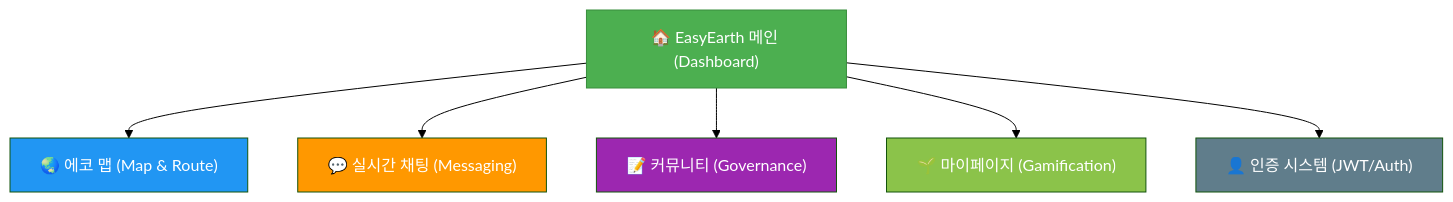
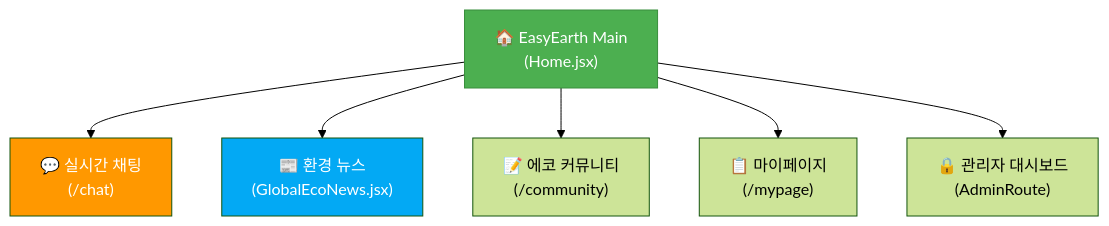
The first of 3 diagrams in ia.md (KJH-Portfolio/202602-Environmenta-Organization), drawn with Mermaid (forest theme) before and after one commit. The commit also changed other lines of this file and 4 other files, not shown here.

````diff
--- a/ia.md
+++ b/ia.md
@@ -24,18 +23,13 @@
 ```mermaid
 graph TD
-    ROOT["🏠 EasyEarth 메인 (Dashboard)"]
-    
-    ROOT --> NAV_MAP["🌏 에코 맵 (Map & Route)"]
-    ROOT --> NAV_CHAT["💬 실시간 채팅 (Messaging)"]
-    ROOT --> NAV_COMM["📝 커뮤니티 (Governance)"]
-    ROOT --> NAV_MY["🌱 마이페이지 (Gamification)"]
-    ROOT --> NAV_AUTH["👤 인증 시스템 (JWT/Auth)"]
+    ROOT["🏠 EasyEarth Main<br/>(Home.jsx)"]
+    ROOT --> NAV_CHAT["💬 실시간 채팅<br/>(/chat)"]
+    ROOT --> NAV_NEWS["📰 환경 뉴스<br/>(GlobalEcoNews.jsx)"]
+    ROOT --> NAV_COMM["📝 에코 커뮤니티<br/>(/community)"]
+    ROOT --> NAV_MY["📋 마이페이지<br/>(/mypage)"]
+    ROOT --> NAV_ADMIN["🔒 관리자 대시보드<br/>(AdminRoute)"]
 
-    %% 스타일 정의
     style ROOT fill:#4CAF50,color:#fff,stroke:#388E3C
-    style NAV_MAP fill:#2196F3,color:#fff
     style NAV_CHAT fill:#FF9800,color:#fff
-    style NAV_COMM fill:#9C27B0,color:#fff
-    style NAV_MY fill:#8BC34A,color:#fff
-    style NAV_AUTH fill:#607D8B,color:#fff
+    style NAV_NEWS fill:#03A9F4,color:#fff
 ```
````
